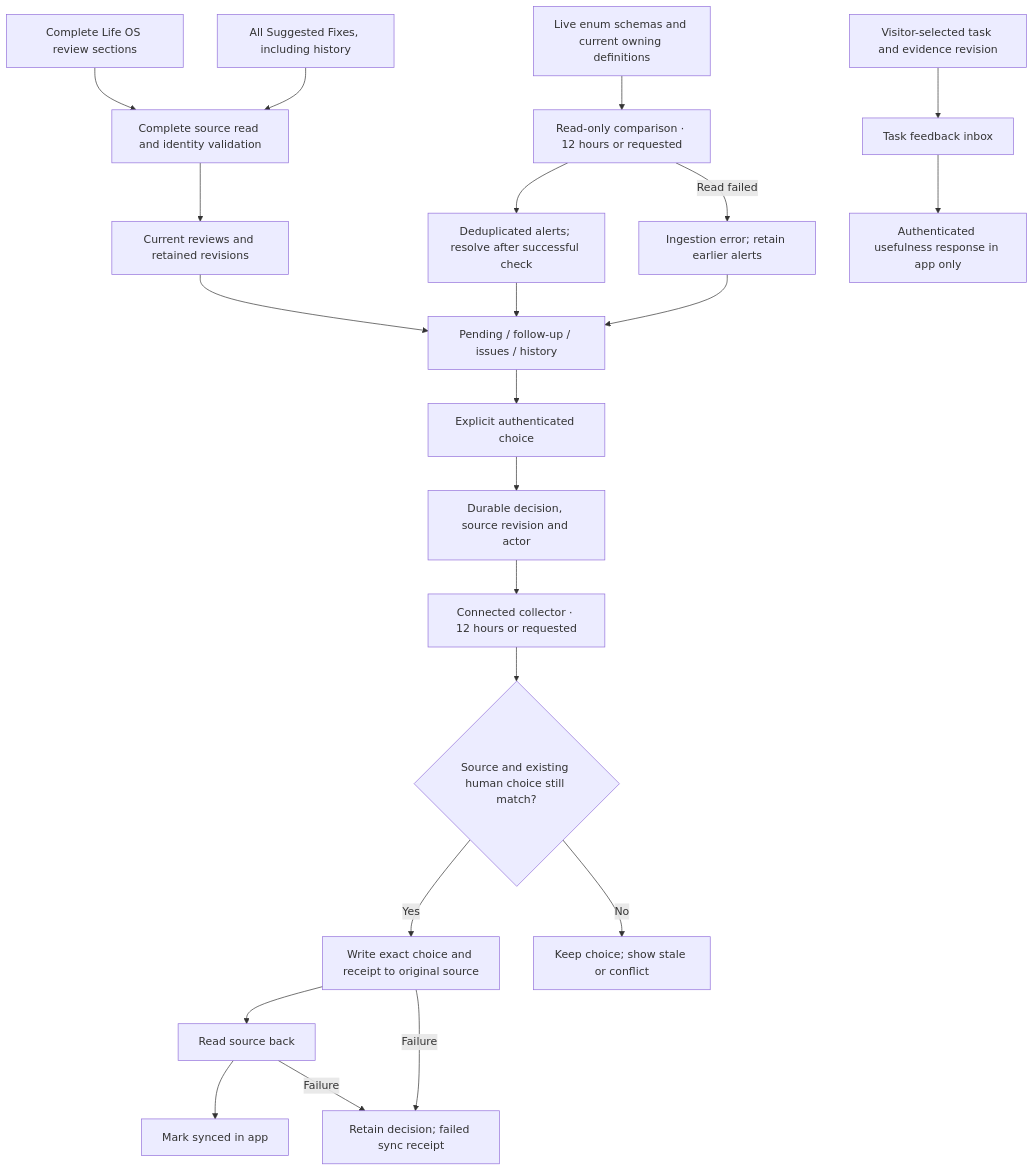
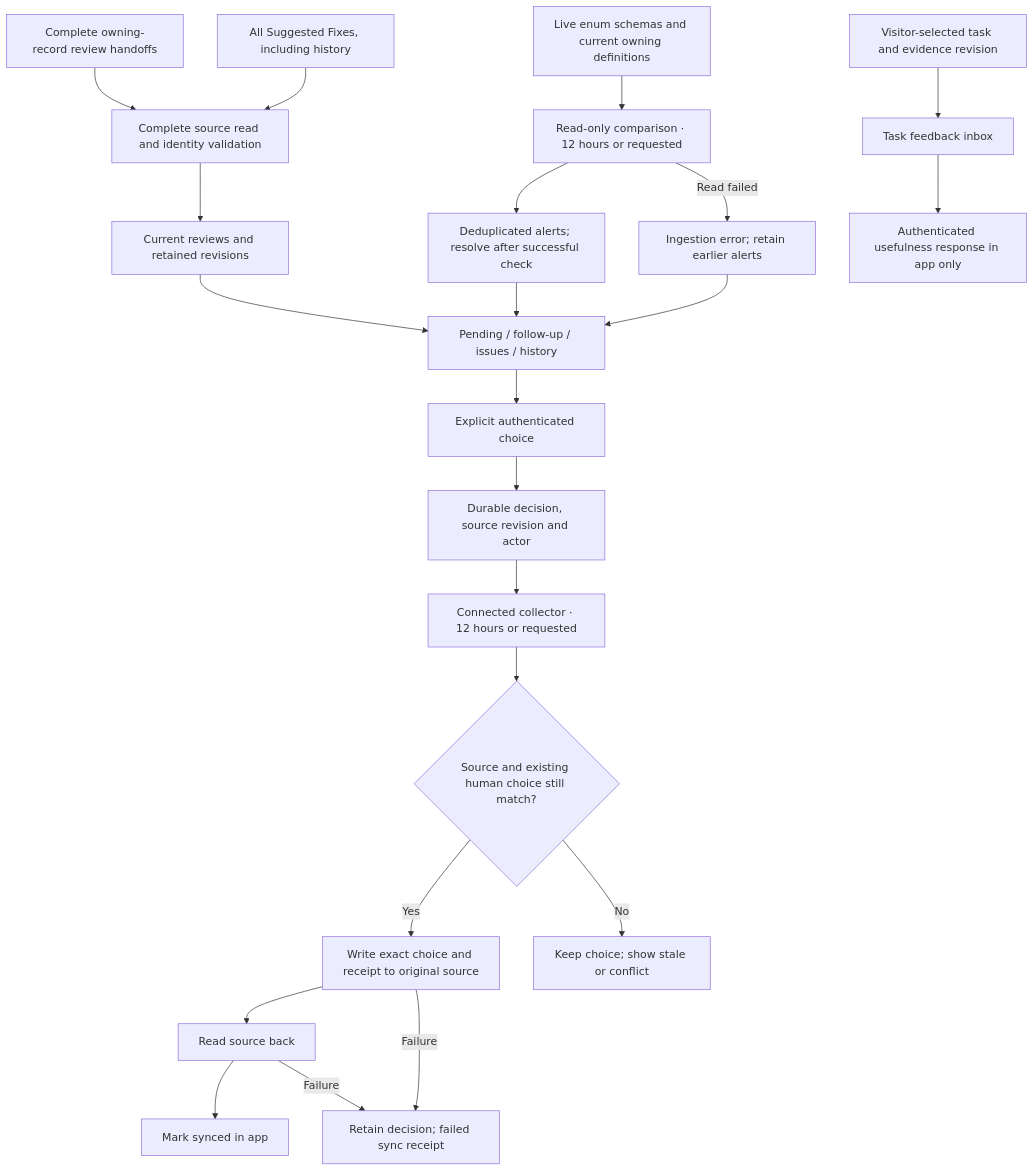
Before and after one commit to olilifts88/meridian-labs: the third of 7 diagrams in docs/dashboard-dataflows.md, drawn with Mermaid. The commit also changed other lines of this file and 7 other files, not shown here.

Commit message:
Document Life OS tabs, source updates and dashboard migration

````diff
--- a/docs/dashboard-dataflows.md
+++ b/docs/dashboard-dataflows.md
@@ -42,16 +42,16 @@
 ```mermaid
 flowchart TD
- A["Complete Life OS review sections"] --> C["Complete source read and identity validation"]
+ A["Complete owning-record review handoffs"] --> C["Complete source read and identity validation"]
  B["All Suggested Fixes, including history"] --> C
  C --> R["Current reviews and retained revisions"] --> I["Pending / follow-up / issues / history"]
  L["Live enum schemas and current owning definitions"] --> A1["Read-only comparison · 12 hours or requested"] --> A2["Deduplicated alerts; resolve after successful check"] --> I
  A1 -->|"Read failed"| A3["Ingestion error; retain earlier alerts"] --> I
  F1["Visitor-selected task and evidence revision"] --> F2["Task feedback inbox"] --> F3["Authenticated usefulness response in app only"]
  I --> H["Explicit authenticated choice"] --> D["Durable decision, source revision and actor"]
  D --> P["Connected collector · 12 hours or requested"]
  P --> X{"Source and existing human choice still match?"}
  X -->|Yes| W["Write exact choice and receipt to original source"] --> V["Read source back"] --> S["Mark synced in app"]
  X -->|No| G["Keep choice; show stale or conflict"]
  W -->|Failure| E["Retain decision; failed sync receipt"]
  V -->|Failure| E
 ```
````
